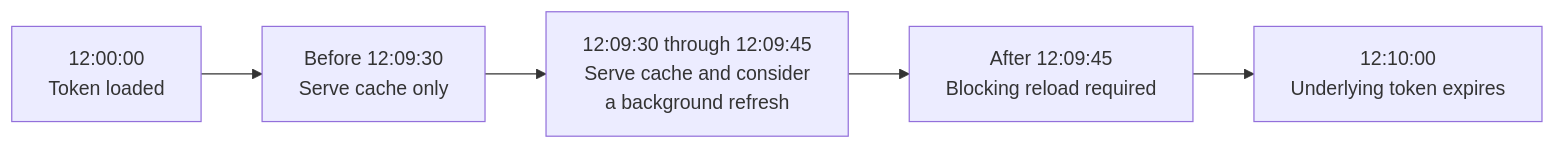
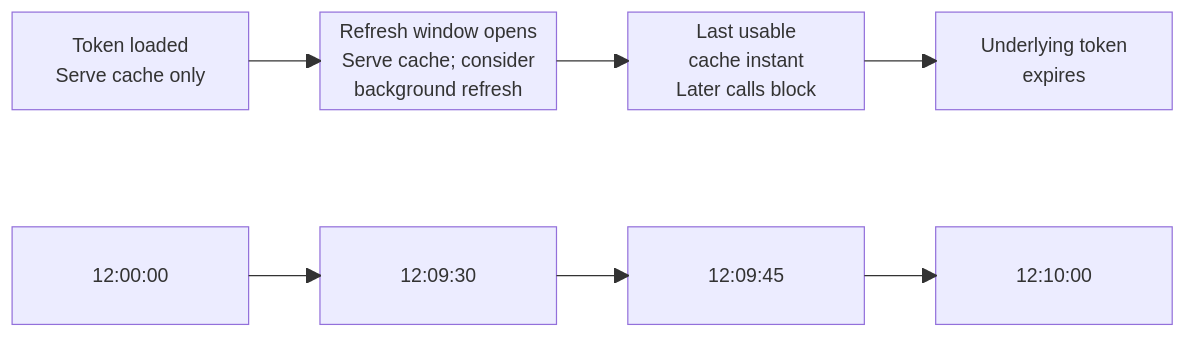
The first of 8 diagrams in jwt-client/docs/preemptive-refresh/README.md (entur/jwt-resource-server), drawn with Mermaid before and after one commit. The commit also changed other lines of this file and 1 other file, not shown here.

Commit message:
docs: align refresh timelines and rejection sequence

````diff
--- a/jwt-client/docs/preemptive-refresh/README.md
+++ b/jwt-client/docs/preemptive-refresh/README.md
@@ -35,7 +35,16 @@
 ```mermaid
-flowchart LR
-    A["12:00:00<br/>Token loaded"] --> B["Before 12:09:30<br/>Serve cache only"]
-    B --> C["12:09:30 through 12:09:45<br/>Serve cache and consider<br/>a background refresh"]
-    C --> D["After 12:09:45<br/>Blocking reload required"]
-    D --> E["12:10:00<br/>Underlying token expires"]
+block-beta
+    columns 19
+    A["Token loaded<br/>Serve cache only"]:4 space
+    B["Refresh window opens<br/>Serve cache; consider<br/>background refresh"]:4 space
+    C["Last usable<br/>cache instant<br/>Later calls block"]:4 space
+    D["Underlying token<br/>expires"]:4
+    space:19
+    T0["12:00:00"]:4 space T1["12:09:30"]:4 space T2["12:09:45"]:4 space T3["12:10:00"]:4
+    A --> B
+    B --> C
+    C --> D
+    T0 --> T1
+    T1 --> T2
+    T2 --> T3
 ```
````
